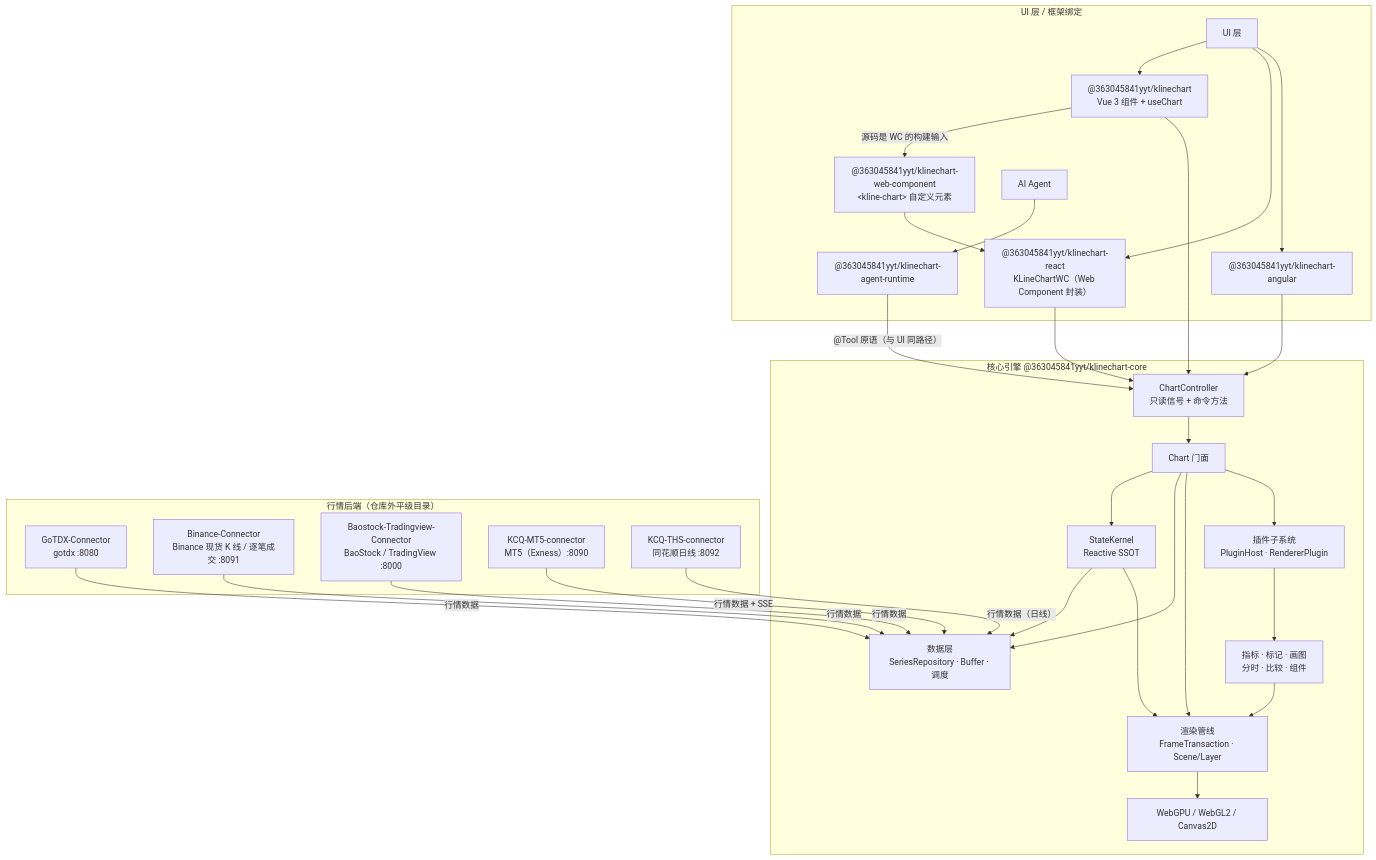
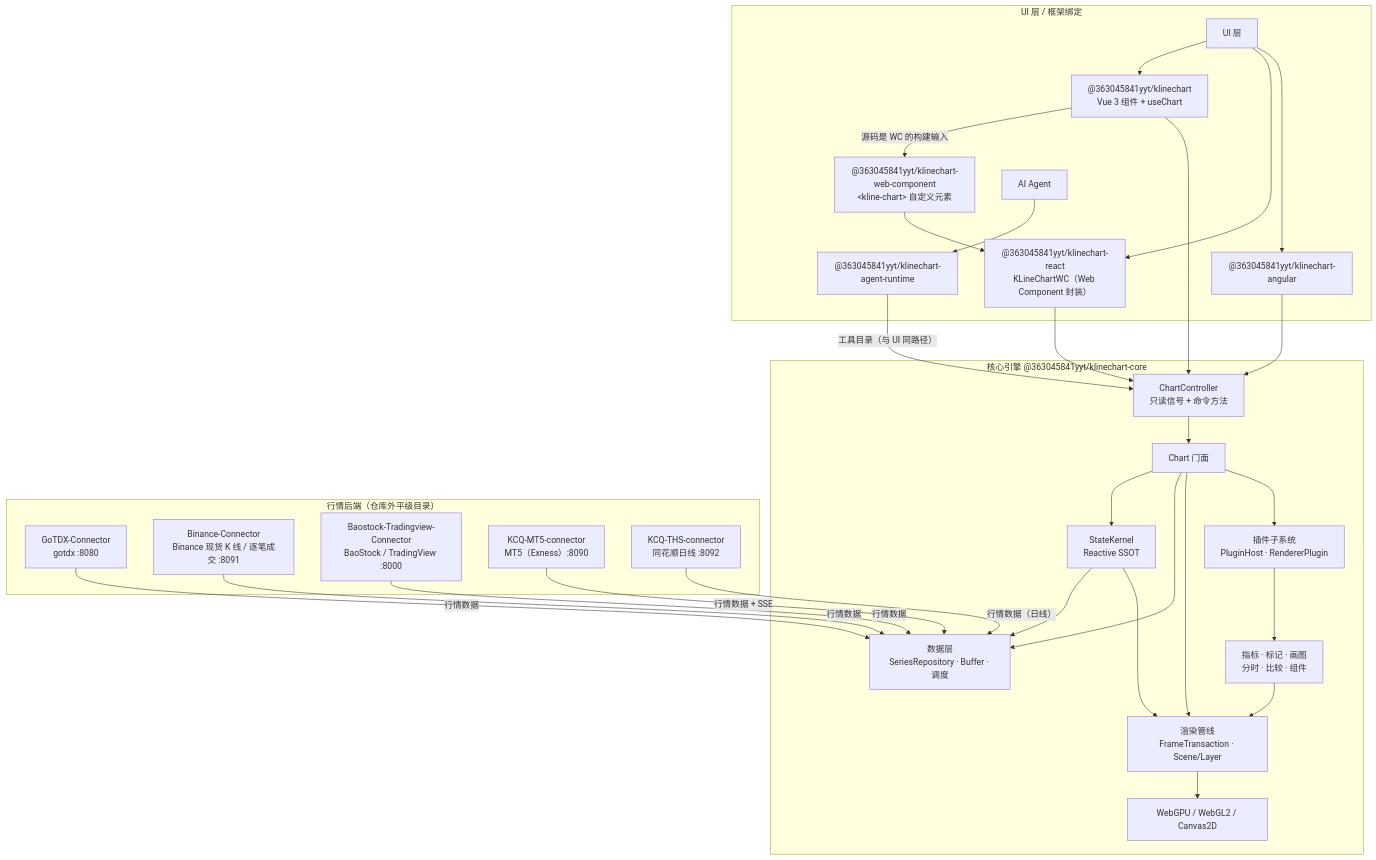
Before and after one commit to 363045841/KLineChartQuant: the diagram in docs/architecture/architecture.md, drawn with Mermaid. The commit also changed other lines of this file and 129 other files, not shown here.

````diff
--- a/docs/architecture/architecture.md
+++ b/docs/architecture/architecture.md
@@ -20,57 +20,57 @@
 ```mermaid
 flowchart TB
     subgraph app["UI 层 / 框架绑定"]
         UI["UI 层"]
         VuePkg["@363045841yyt/klinechart<br/>Vue 3 组件 + useChart"]
         WCPkg["@363045841yyt/klinechart-web-component<br/>&lt;kline-chart&gt; 自定义元素"]
         ReactPkg["@363045841yyt/klinechart-react<br/>KLineChartWC（Web Component 封装）"]
         AngularPkg["@363045841yyt/klinechart-angular"]
         Agent["AI Agent"]
         AgentRt["@363045841yyt/klinechart-agent-runtime"]
     end
 
     subgraph core["核心引擎 @363045841yyt/klinechart-core"]
         Ctl["ChartController<br/>只读信号 + 命令方法"]
         Chart["Chart 门面"]
         Kernel["StateKernel<br/>Reactive SSOT"]
         Data["数据层<br/>SeriesRepository · Buffer · 调度"]
         Pipe["渲染管线<br/>FrameTransaction · Scene/Layer"]
         GPU["WebGPU / WebGL2 / Canvas2D"]
         Plugin["插件子系统<br/>PluginHost · RendererPlugin"]
         Biz["指标 · 标记 · 画图<br/>分时 · 比较 · 组件"]
     end
 
     subgraph conn["行情后端（仓库外平级目录）"]
         Go["GoTDX-Connector<br/>gotdx :8080"]
         Bn["Binance-Connector<br/>Binance 现货 K 线 / 逐笔成交 :8091"]
         Bs["Baostock-Tradingview-Connector<br/>BaoStock / TradingView :8000"]
         Mt["KCQ-MT5-connector<br/>MT5（Exness）:8090"]
         Th["KCQ-THS-connector<br/>同花顺日线 :8092"]
     end
 
     UI --> VuePkg
     UI --> ReactPkg
     UI --> AngularPkg
     VuePkg -->|"源码是 WC 的构建输入"| WCPkg
     WCPkg --> ReactPkg
     Agent --> AgentRt
     VuePkg --> Ctl
     ReactPkg --> Ctl
     AngularPkg --> Ctl
-    AgentRt -->|"@Tool 原语（与 UI 同路径）"| Ctl
+    AgentRt -->|"工具目录（与 UI 同路径）"| Ctl
     Ctl --> Chart
     Chart --> Kernel
     Chart --> Data
     Chart --> Pipe
     Chart --> Plugin
     Plugin --> Biz
     Biz --> Pipe
     Pipe --> GPU
     Go -->|行情数据| Data
     Bn -->|行情数据| Data
     Bs -->|行情数据| Data
     Mt -->|"行情数据 + SSE"| Data
     Th -->|"行情数据（日线）"| Data
     Kernel --> Data
     Kernel --> Pipe
 ```
````
